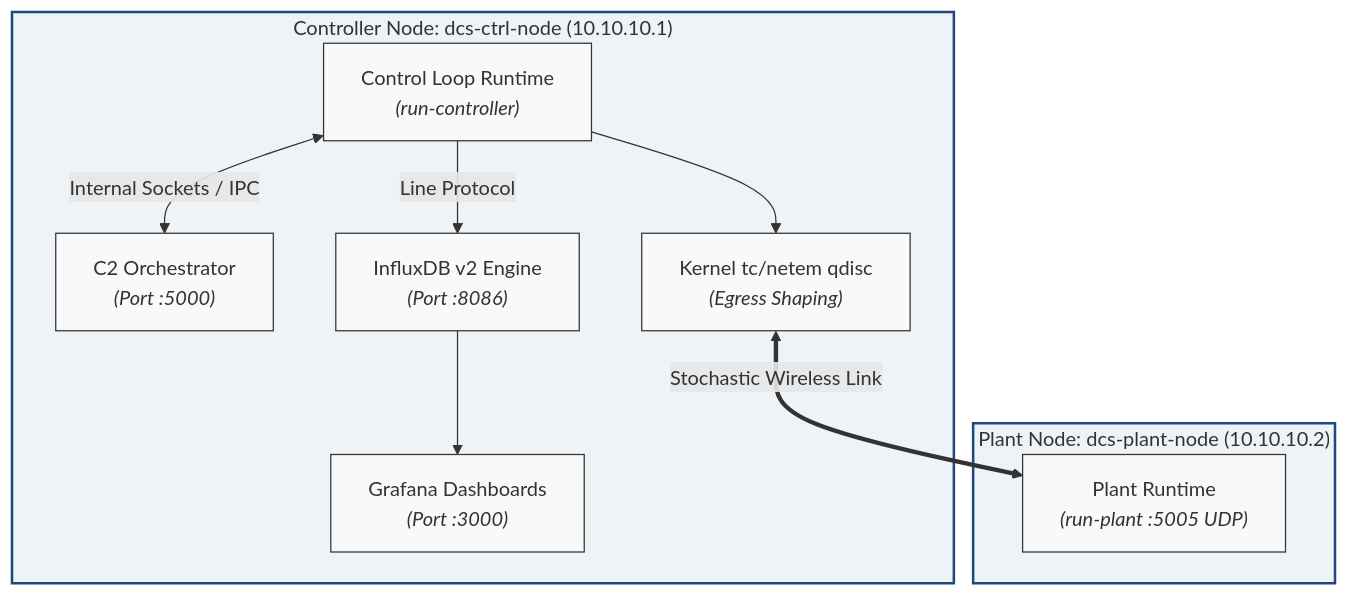
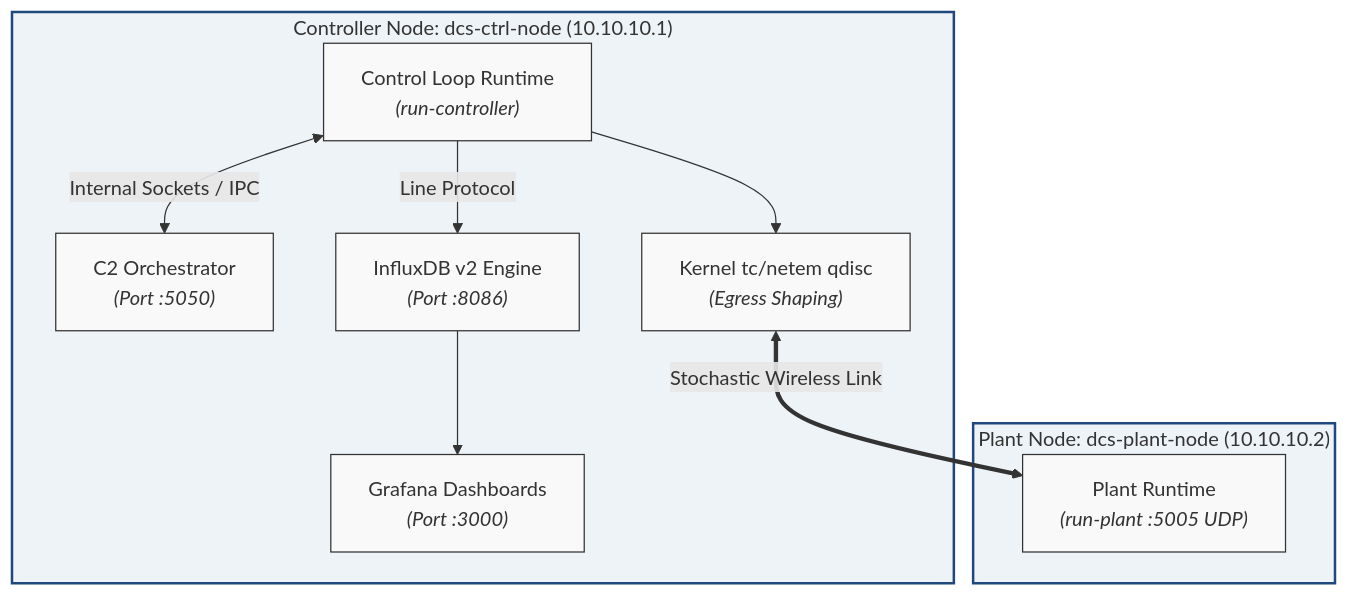
Before and after one commit to jthurm11/resilient-wireless-pid: the diagram in README.md, drawn with Mermaid. The commit also changed other lines of this file and 10 other files, not shown here.

````diff
--- a/README.md
+++ b/README.md
@@ -51,26 +51,26 @@
 ```mermaid
 graph TD
     subgraph CtrlNode["Controller Node: dcs-ctrl-node (10.10.10.1)"]
         CLR["Control Loop Runtime<br/><i>(run-controller)</i>"]
-        C2["C2 Orchestrator<br/><i>(Port :5000)</i>"]
+        C2["C2 Orchestrator<br/><i>(Port :5050)</i>"]
         INF["InfluxDB v2 Engine<br/><i>(Port :8086)</i>"]
         GRA["Grafana Dashboards<br/><i>(Port :3000)</i>"]
         TC["Kernel tc/netem qdisc<br/><i>(Egress Shaping)</i>"]
 
         CLR <-->|Internal Sockets / IPC| C2
         CLR -->|Line Protocol| INF
         INF --> GRA
         CLR --> TC
     end
 
     subgraph PlantNode["Plant Node: dcs-plant-node (10.10.10.2)"]
         PLANT["Plant Runtime<br/><i>(run-plant :5005 UDP)</i>"]
     end
 
     TC <==>|Stochastic Wireless Link| PLANT
 
     classDef default fill:#f9f9f9,stroke:#333,stroke-width:1px;
     classDef nodeBox fill:#eef3f8,stroke:#1f497d,stroke-width:2px;
     class CtrlNode,PlantNode nodeBox;
 
 ```
````
